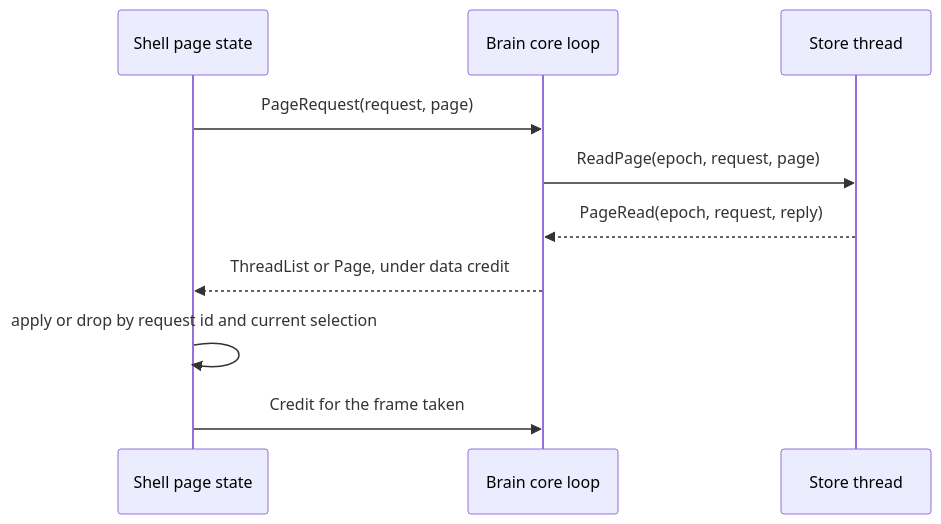
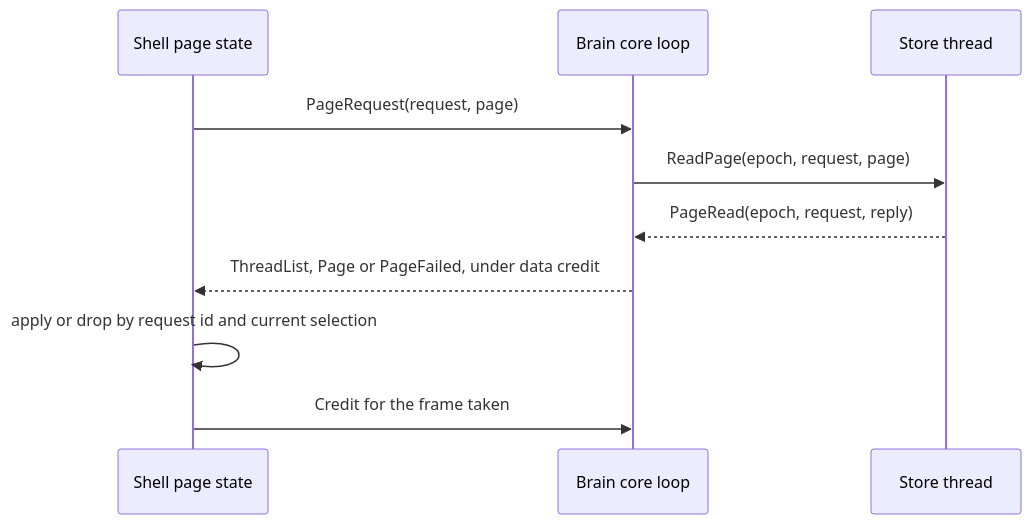
Before and after one commit to labcoder/capsula: the diagram in docs/development/panels.md, drawn with Mermaid. The commit also changed other lines of this file and 21 other files, not shown here.

````diff
--- a/docs/development/panels.md
+++ b/docs/development/panels.md
@@ -26,12 +26,12 @@
 ```mermaid
 sequenceDiagram
   participant UI as Shell page state
   participant Core as Brain core loop
   participant Store as Store thread
   UI->>Core: PageRequest(request, page)
   Core->>Store: ReadPage(epoch, request, page)
   Store-->>Core: PageRead(epoch, request, reply)
-  Core-->>UI: ThreadList or Page, under data credit
+  Core-->>UI: ThreadList, Page or PageFailed, under data credit
   UI->>UI: apply or drop by request id and current selection
   UI->>Core: Credit for the frame taken
 ```
````
